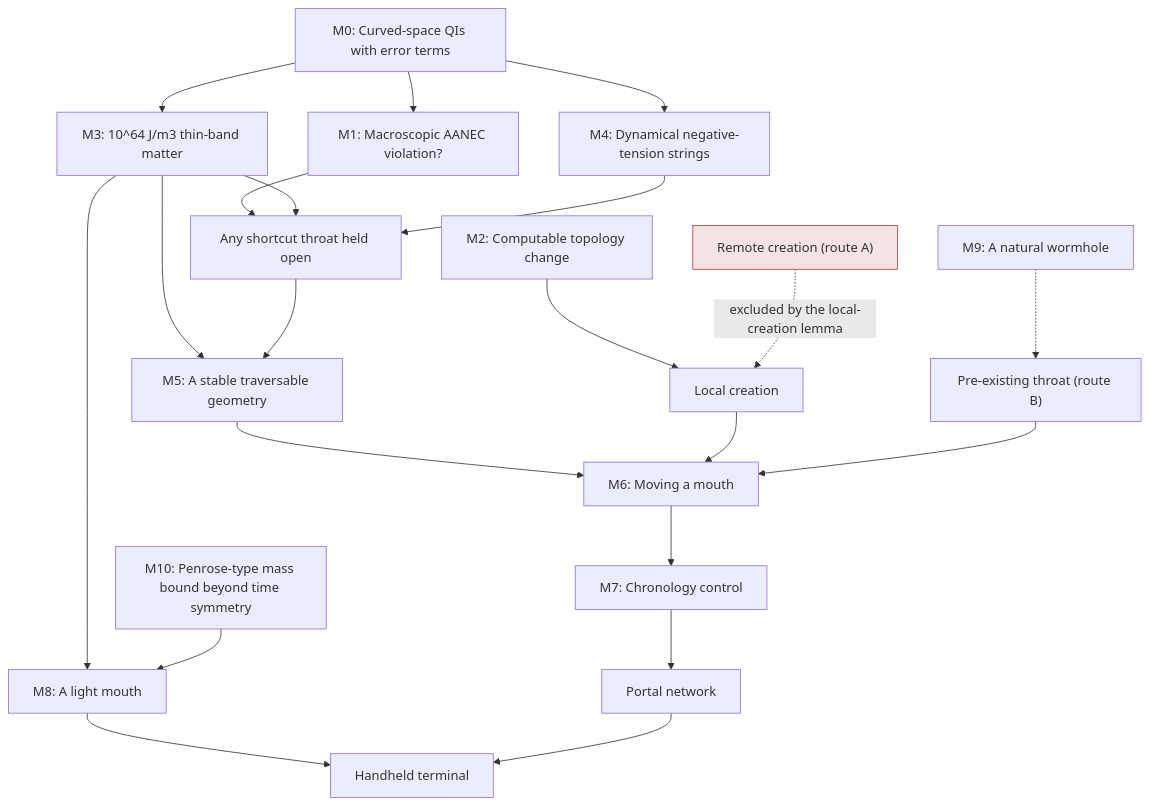
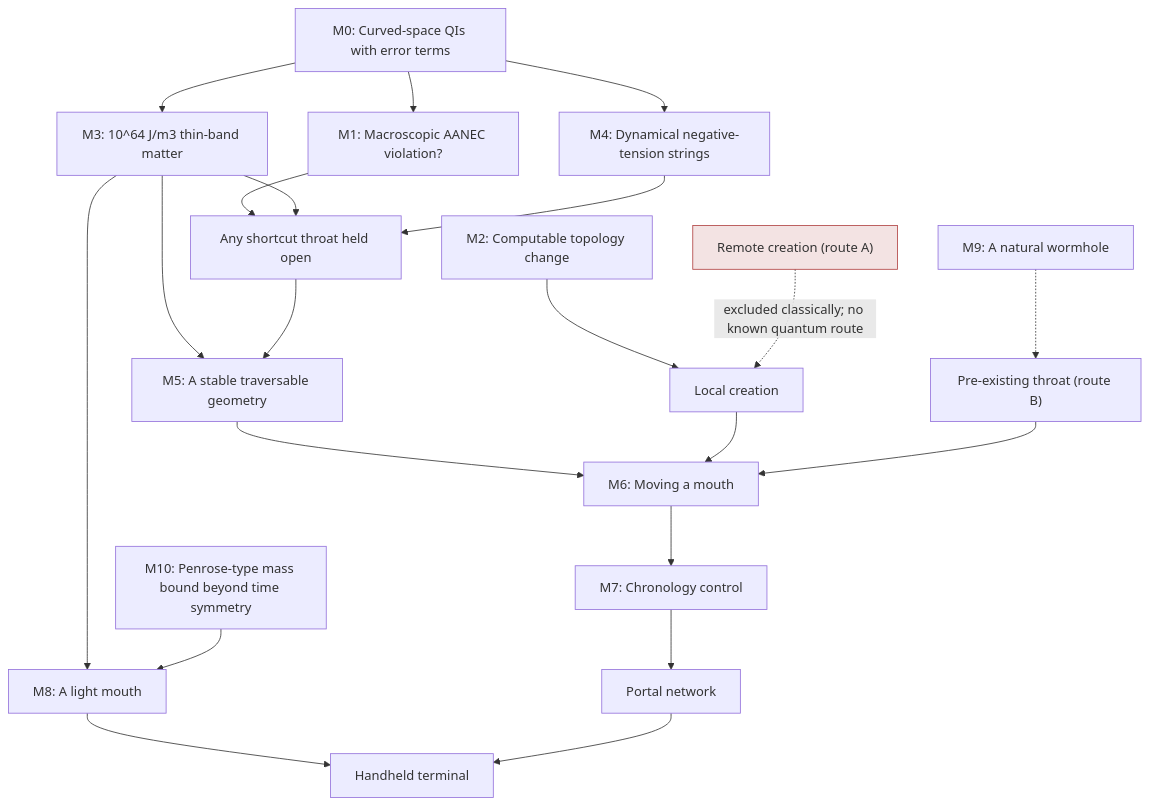
Before and after one commit to JustAdev742/codespace: the diagram in research/portal-gun/phase2/results/milestones.mmd, drawn with Mermaid. The commit also changed 11 other files, not shown here.

```diff
--- a/research/portal-gun/phase2/results/milestones.mmd
+++ b/research/portal-gun/phase2/results/milestones.mmd
@@ -1,34 +1,34 @@
 flowchart TD
   M0["M0: Curved-space QIs with error terms"]
   M1["M1: Macroscopic AANEC violation?"]
   M2["M2: Computable topology change"]
   M3["M3: 10^64 J/m3 thin-band matter"]
   M4["M4: Dynamical negative-tension strings"]
   M5["M5: A stable traversable geometry"]
   M6["M6: Moving a mouth"]
   M7["M7: Chronology control"]
   M8["M8: A light mouth"]
   M9["M9: A natural wormhole"]
   M10["M10: Penrose-type mass bound beyond time symmetry"]
   M0 --> M1
   M0 --> M3
   M0 --> M4
   M3 --> M5
   M5 --> M6
   M6 --> M7
   M3 --> M8
   M10 --> M8
   M1 --> HOLD["Any shortcut throat held open"]
   M3 --> HOLD
   M4 --> HOLD
   M2 --> CREATE["Local creation"]
   M9 -.-> EXIST["Pre-existing throat (route B)"]
   CREATE --> M6
   EXIST --> M6
   HOLD --> M5
   M7 --> NET["Portal network"]
   M8 --> HAND["Handheld terminal"]
   NET --> HAND
   REMOTE["Remote creation (route A)"]:::dead
-  REMOTE -. excluded by the local-creation lemma .-> CREATE
+  REMOTE -. excluded classically; no known quantum route .-> CREATE
   classDef dead fill:#f3e3e3,stroke:#b04040
```
